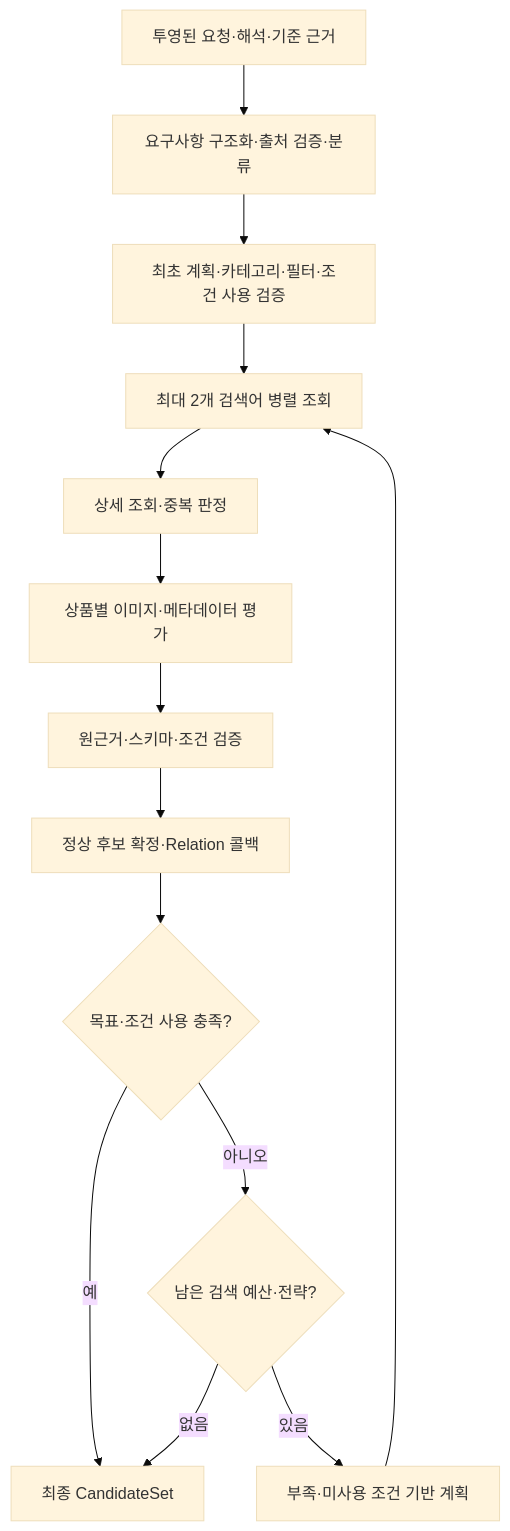
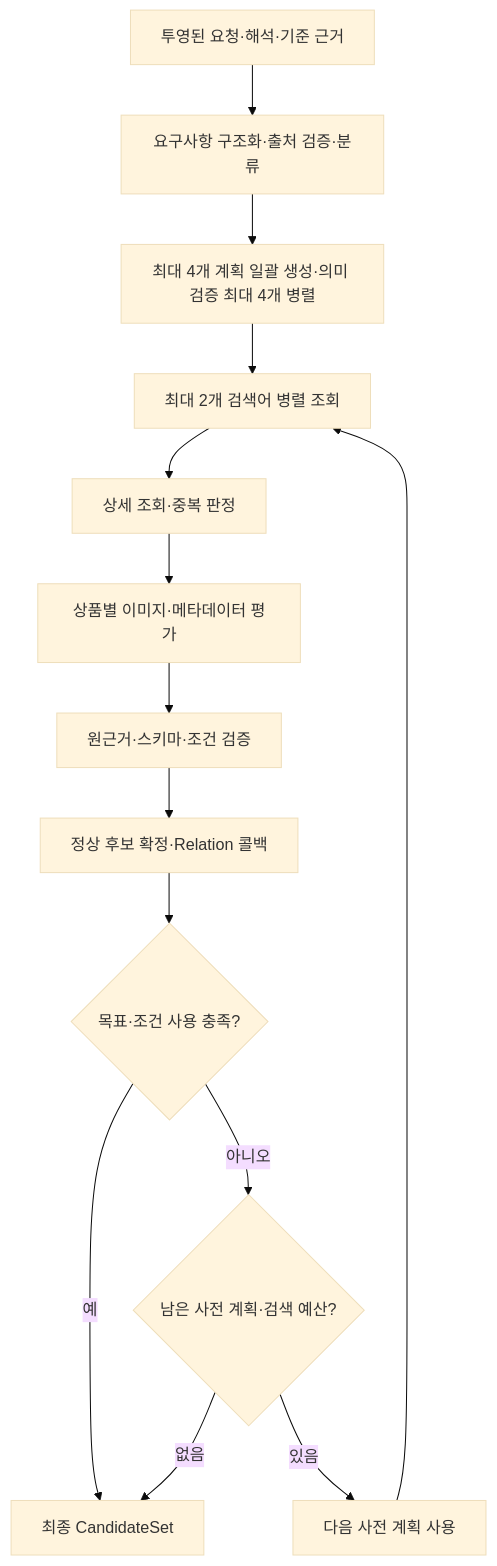
The diagram in docs/search.md (dorammiik/fashion_recommendation_public), drawn with Mermaid (base theme) before and after one commit. The commit also changed other lines of this file and 208 other files, not shown here.

````diff
--- a/docs/search.md
+++ b/docs/search.md
@@ -46,16 +50,16 @@
 ```mermaid
 flowchart TD
   I[투영된 요청·해석·기준 근거] --> R[요구사항 구조화·출처 검증·분류]
-  R --> P[최초 계획·카테고리·필터·조건 사용 검증]
+  R --> P[최대 4개 계획 일괄 생성·의미 검증 최대 4개 병렬]
   P --> Q[최대 2개 검색어 병렬 조회]
   Q --> D[상세 조회·중복 판정]
   D --> E[상품별 이미지·메타데이터 평가]
   E --> V[원근거·스키마·조건 검증]
   V --> C[정상 후보 확정·Relation 콜백]
   C --> T{목표·조건 사용 충족?}
   T -->|예| O[최종 CandidateSet]
-  T -->|아니오| B{남은 검색 예산·전략?}
-  B -->|있음| N[부족·미사용 조건 기반 계획]
+  T -->|아니오| B{남은 사전 계획·검색 예산?}
+  B -->|있음| N[다음 사전 계획 사용]
   N --> Q
   B -->|없음| O
 ```
````
